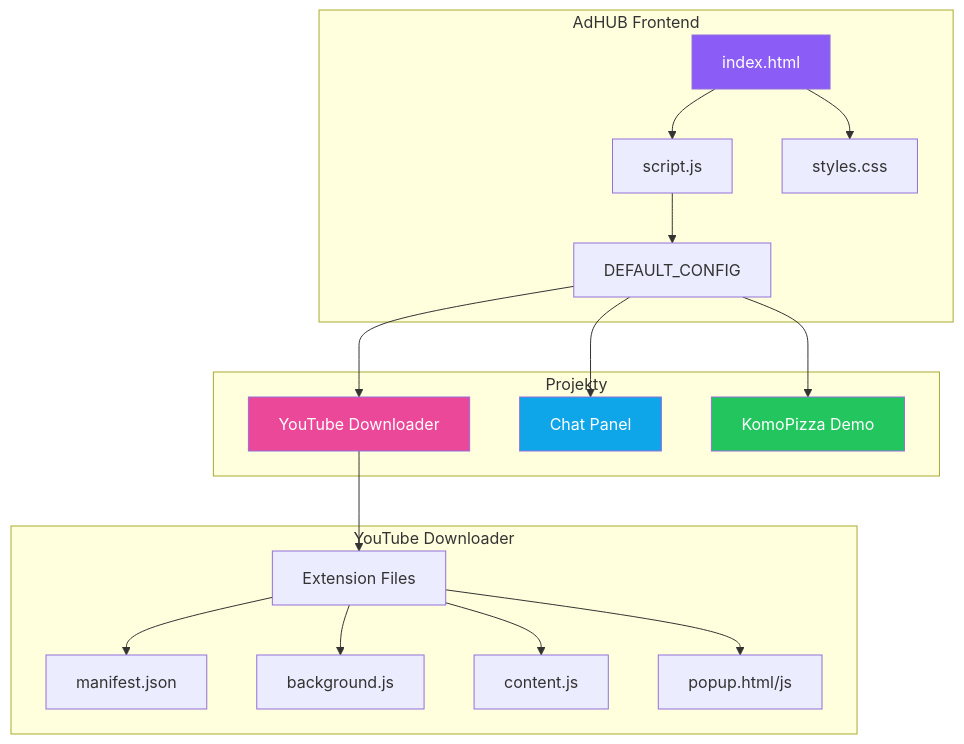
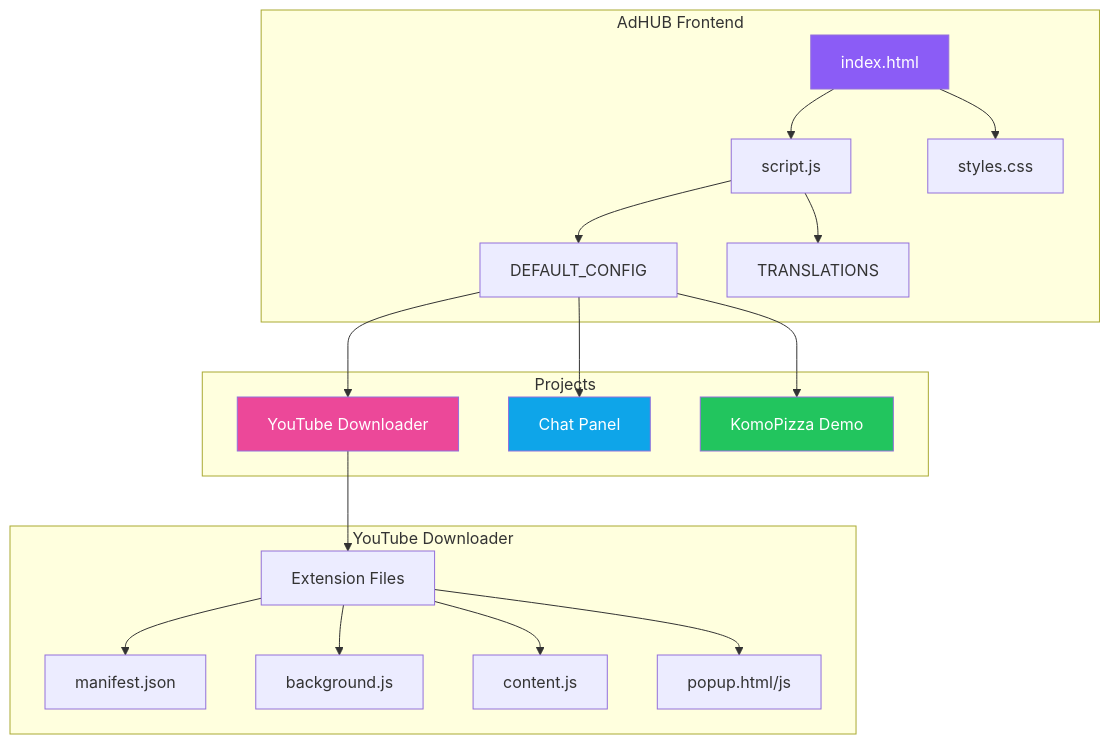
One commit to Deerpfy/adhub changed the first of 2 diagrams in README.md. Above: the diagram before and after it, drawn with Mermaid. The commit also changed other lines of this file and 3 other files, not shown here.

````diff
--- a/README.md
+++ b/README.md
@@ -41,31 +43,32 @@
 ```mermaid
 graph TB
     subgraph "AdHUB Frontend"
         A[index.html] --> B[script.js]
         A --> C[styles.css]
         B --> D[DEFAULT_CONFIG]
+        B --> E[TRANSLATIONS]
     end
 
-    subgraph "Projekty"
-        E[YouTube Downloader]
-        F[Chat Panel]
-        G[KomoPizza Demo]
+    subgraph "Projects"
+        F[YouTube Downloader]
+        G[Chat Panel]
+        H[KomoPizza Demo]
     end
 
-    D --> E
     D --> F
     D --> G
+    D --> H
 
     subgraph "YouTube Downloader"
-        E --> H[Extension Files]
-        H --> I[manifest.json]
-        H --> J[background.js]
-        H --> K[content.js]
-        H --> L[popup.html/js]
+        F --> I[Extension Files]
+        I --> J[manifest.json]
+        I --> K[background.js]
+        I --> L[content.js]
+        I --> M[popup.html/js]
     end
 
     style A fill:#8b5cf6,color:#fff
-    style E fill:#ec4899,color:#fff
-    style F fill:#0ea5e9,color:#fff
-    style G fill:#22c55e,color:#fff
+    style F fill:#ec4899,color:#fff
+    style G fill:#0ea5e9,color:#fff
+    style H fill:#22c55e,color:#fff
 ```
````
